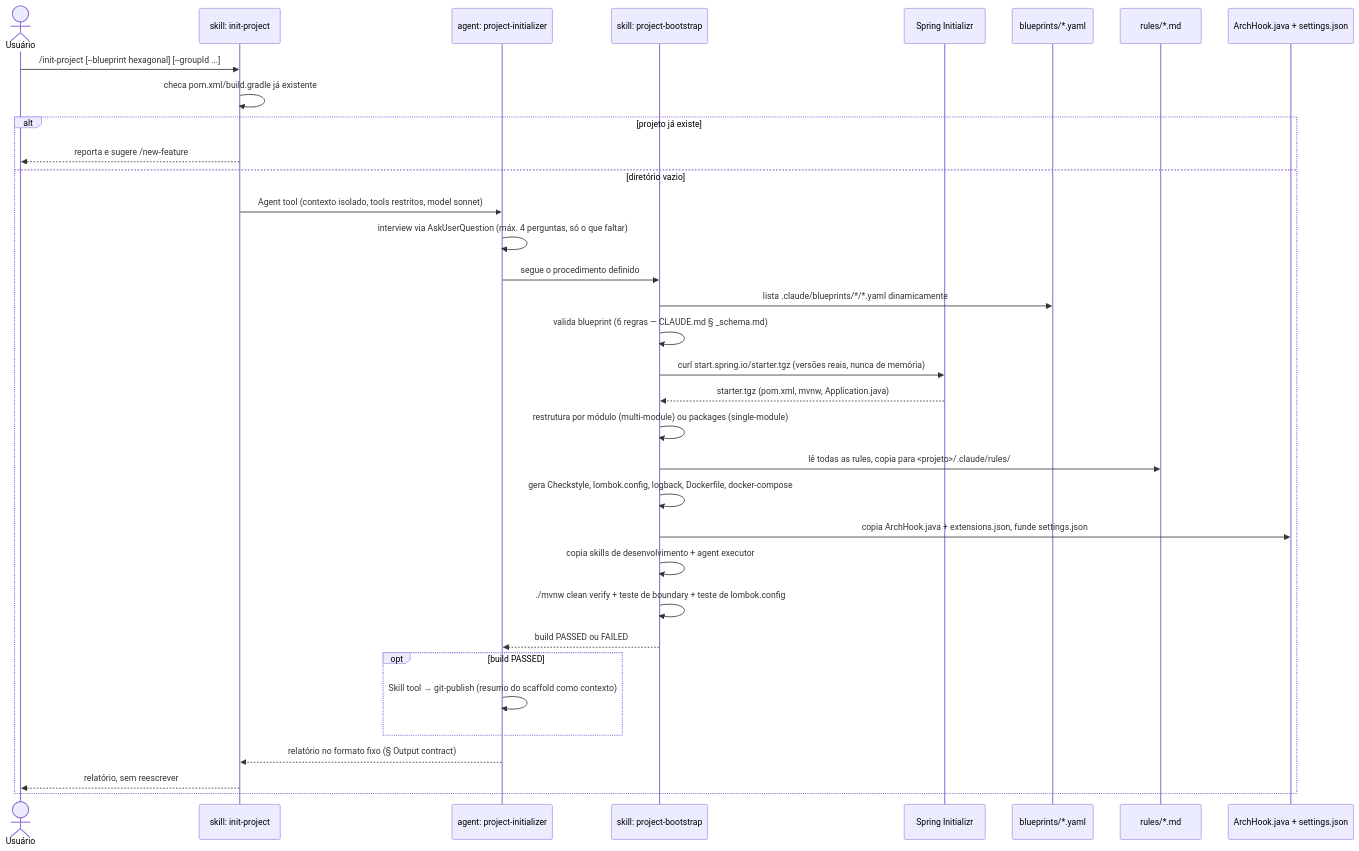
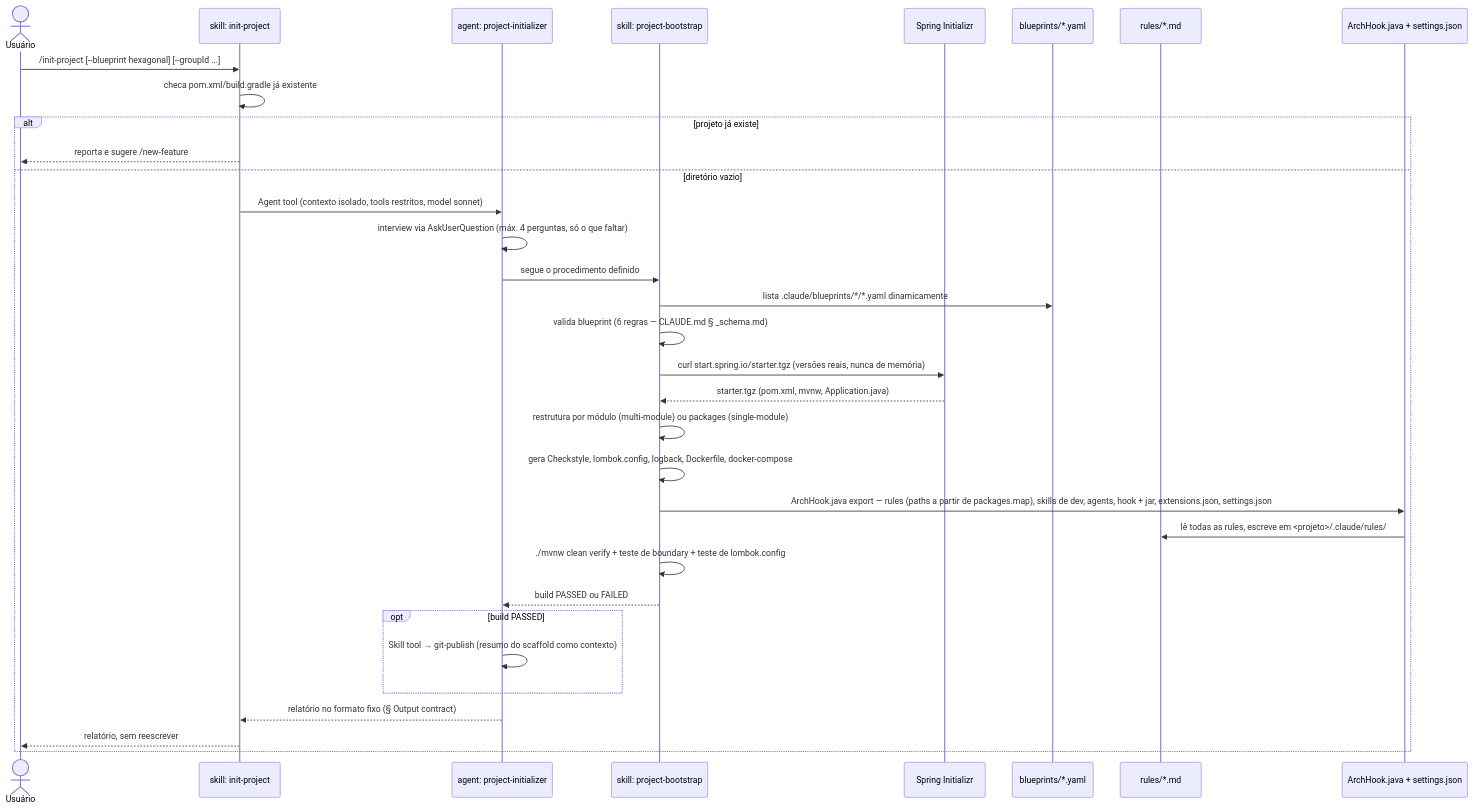
The diagram in docs/pt-br/02-init-project.md (ice-lfernandes/claude-spring-architect), drawn with Mermaid before and after one commit. The commit also changed other lines of this file and 29 other files, not shown here.

````diff
--- a/docs/pt-br/02-init-project.md
+++ b/docs/pt-br/02-init-project.md
@@ -33,37 +33,36 @@
 ```mermaid
 sequenceDiagram
     actor U as Usuário
     participant CMD as skill: init-project
     participant AG as agent: project-initializer
     participant BOOT as skill: project-bootstrap
     participant INIT as Spring Initializr
     participant BP as blueprints/*.yaml
     participant RULES as rules/*.md
     participant HOOK as ArchHook.java + settings.json
 
     U->>CMD: /init-project [--blueprint hexagonal] [--groupId ...]
     CMD->>CMD: checa pom.xml/build.gradle já existente
     alt projeto já existe
         CMD-->>U: reporta e sugere /new-feature
     else diretório vazio
         CMD->>AG: Agent tool (contexto isolado, tools restritos, model sonnet)
         AG->>AG: interview via AskUserQuestion (máx. 4 perguntas, só o que faltar)
         AG->>BOOT: segue o procedimento definido
         BOOT->>BP: lista .claude/blueprints/*/*.yaml dinamicamente
         BOOT->>BOOT: valida blueprint (6 regras — CLAUDE.md § _schema.md)
         BOOT->>INIT: curl start.spring.io/starter.tgz (versões reais, nunca de memória)
         INIT-->>BOOT: starter.tgz (pom.xml, mvnw, Application.java)
         BOOT->>BOOT: restrutura por módulo (multi-module) ou packages (single-module)
-        BOOT->>RULES: lê todas as rules, copia para <projeto>/.claude/rules/
         BOOT->>BOOT: gera Checkstyle, lombok.config, logback, Dockerfile, docker-compose
-        BOOT->>HOOK: copia ArchHook.java + extensions.json, funde settings.json
-        BOOT->>BOOT: copia skills de desenvolvimento + agent executor
+        BOOT->>HOOK: ArchHook.java export — rules (paths a partir de packages.map), skills de dev, agents, hook + jar, extensions.json, settings.json
+        HOOK->>RULES: lê todas as rules, escreve em <projeto>/.claude/rules/
         BOOT->>BOOT: ./mvnw clean verify + teste de boundary + teste de lombok.config
         BOOT-->>AG: build PASSED ou FAILED
         opt build PASSED
             AG->>AG: Skill tool → git-publish (resumo do scaffold como contexto)
         end
         AG-->>CMD: relatório no formato fixo (§ Output contract)
         CMD-->>U: relatório, sem reescrever
     end
 ```
````
